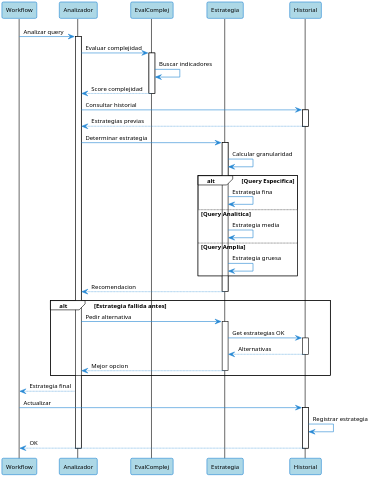
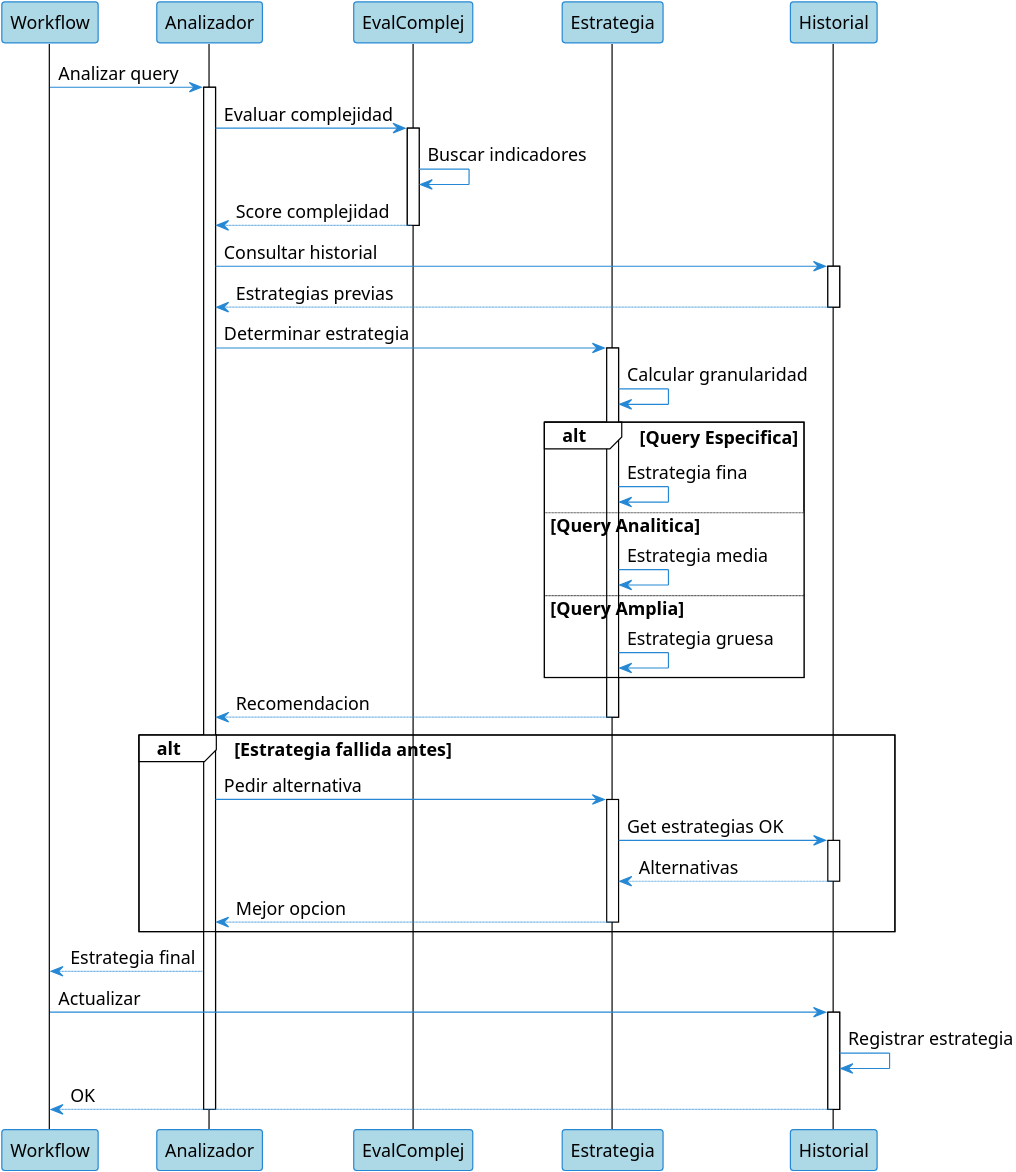
One commit to carloss4dv/langagent changed the diagram in diagrams/query_analysis_secuencia.puml. Above: the diagram before and after it, drawn with PlantUML. The commit also changed 68 other files, not shown here.

```diff
--- a/diagrams/query_analysis_secuencia.puml
+++ b/diagrams/query_analysis_secuencia.puml
@@ -1,79 +1,79 @@
-@startuml "Analisis Mix of Granularity"
+@startuml 
 !theme plain
 skinparam {
-    dpi 300
+    dpi 600
     shadowing false
     backgroundColor transparent
     defaultFontName "Arial"
-    defaultFontSize 10
+    defaultFontSize 15
     sequenceArrowThickness 1
     sequenceParticipant {
         padding 5
     }
     sequence {
         participantBorderColor #2688d4
         participantBackgroundColor #add8e6
     }
     arrow {
         color #2688d4
     }
 }
 
 participant "Workflow" as WF
 participant "Analizador" as Analyzer
 participant "EvalComplej" as ComplexEval
 participant "Estrategia" as MoGStrat
 participant "Historial" as History
 
 WF -> Analyzer: Analizar query
 activate Analyzer
 
 Analyzer -> ComplexEval: Evaluar complejidad
 activate ComplexEval
 ComplexEval -> ComplexEval: Buscar indicadores
 ComplexEval --> Analyzer: Score complejidad
 deactivate ComplexEval
 
 Analyzer -> History: Consultar historial
 activate History
 History --> Analyzer: Estrategias previas
 deactivate History
 
 Analyzer -> MoGStrat: Determinar estrategia
 activate MoGStrat
 
 MoGStrat -> MoGStrat: Calcular granularidad
 
 alt Query Especifica
     MoGStrat -> MoGStrat: Estrategia fina
 else Query Analitica
     MoGStrat -> MoGStrat: Estrategia media
 else Query Amplia
     MoGStrat -> MoGStrat: Estrategia gruesa
 end
 
 MoGStrat --> Analyzer: Recomendacion
 deactivate MoGStrat
 
 alt Estrategia fallida antes
     Analyzer -> MoGStrat: Pedir alternativa
     activate MoGStrat
     MoGStrat -> History: Get estrategias OK
     activate History
     History --> MoGStrat: Alternativas
     deactivate History
     MoGStrat --> Analyzer: Mejor opcion
     deactivate MoGStrat
 end
 
 Analyzer --> WF: Estrategia final
 
 WF -> History: Actualizar
 activate History
 History -> History: Registrar estrategia
 History --> WF: OK
 deactivate History
 
 deactivate Analyzer
 
 @enduml
```
